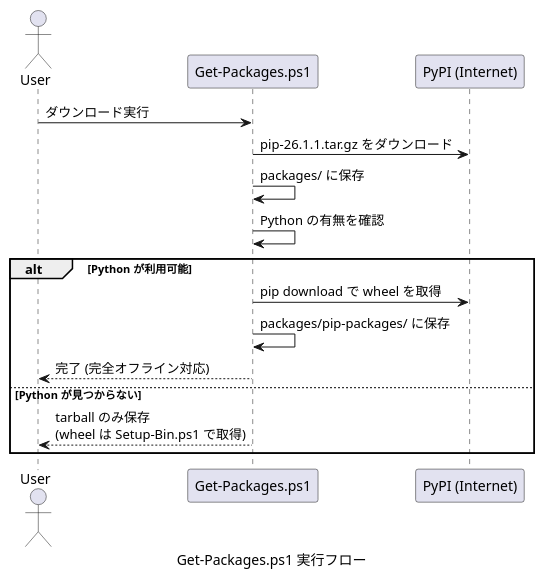
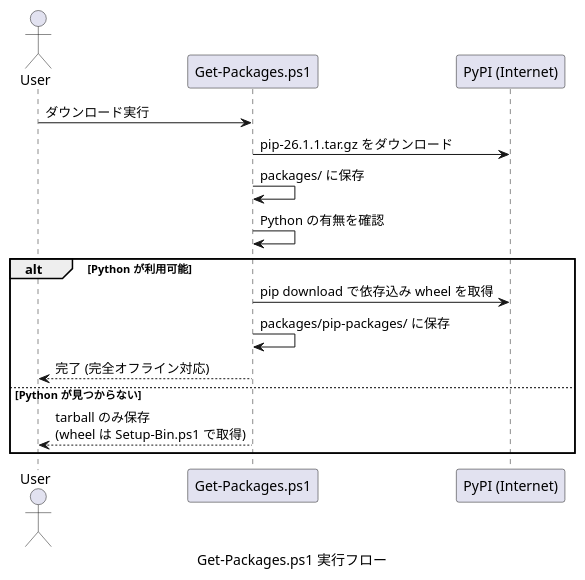
Before and after one commit to Hondarer/devbin-win: the second of 4 diagrams in docs/offline-pip-design.md, drawn with PlantUML. The commit also changed other lines of this file and 2 other files, not shown here.

````diff
--- a/docs/offline-pip-design.md
+++ b/docs/offline-pip-design.md
@@ -97,21 +98,21 @@
 ```plantuml
 @startuml Get-Packages.ps1 実行フロー
 caption Get-Packages.ps1 実行フロー
 actor User
 participant "Get-Packages.ps1" as GetPkg
 participant "PyPI (Internet)" as PyPI
 
 User -> GetPkg: ダウンロード実行
 GetPkg -> PyPI: pip-26.1.1.tar.gz をダウンロード
 GetPkg -> GetPkg: packages/ に保存
 GetPkg -> GetPkg: Python の有無を確認
 
 alt Python が利用可能
-    GetPkg -> PyPI: pip download で wheel を取得
+    GetPkg -> PyPI: pip download で依存込み wheel を取得
     GetPkg -> GetPkg: packages/pip-packages/ に保存
     GetPkg --> User: 完了 (完全オフライン対応)
 else Python が見つからない
     GetPkg --> User: tarball のみ保存\n(wheel は Setup-Bin.ps1 で取得)
 end
 @enduml
 ```
````
